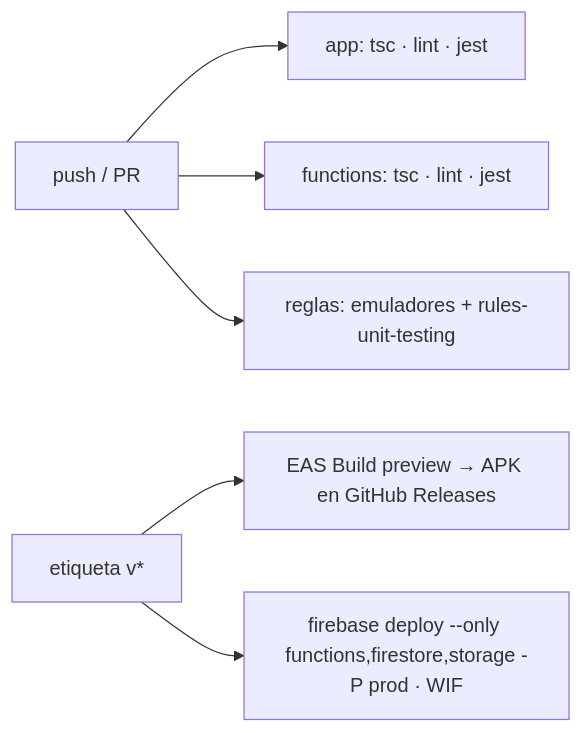
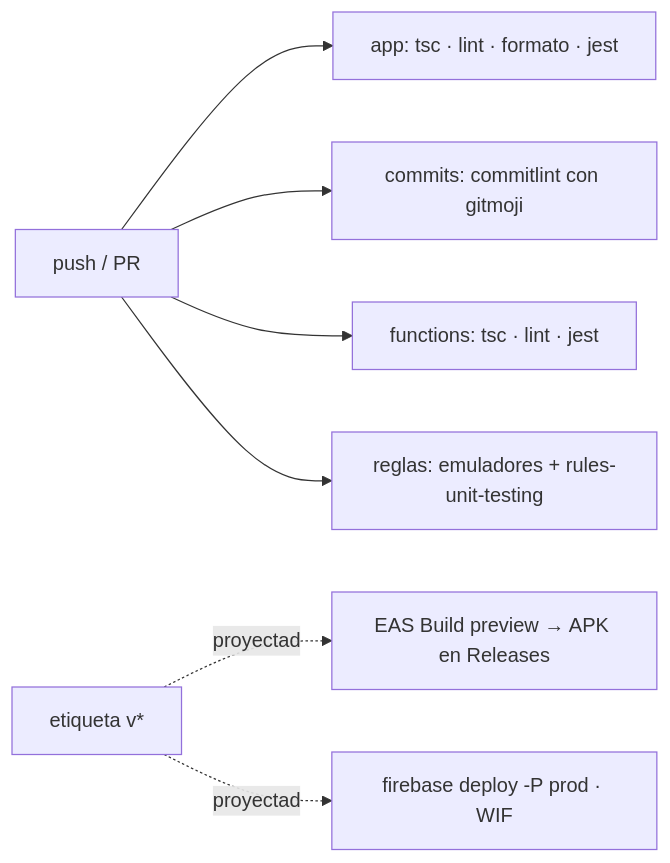
Before and after one commit to JulianCVM/ecoreporte: the diagram in docs/04-infraestructura.md, drawn with Mermaid. The commit also changed other lines of this file and 11 other files, not shown here.

````diff
--- a/docs/04-infraestructura.md
+++ b/docs/04-infraestructura.md
@@ -57,8 +81,9 @@
 ```mermaid
 flowchart LR
-  PR[push / PR] --> A[app: tsc · lint · jest]
+  PR[push / PR] --> A[app: tsc · lint · formato · jest]
+  PR --> M[commits: commitlint con gitmoji]
   PR --> B[functions: tsc · lint · jest]
   PR --> C[reglas: emuladores + rules-unit-testing]
-  TAG[etiqueta v*] --> D[EAS Build preview → APK en GitHub Releases]
-  TAG --> E[firebase deploy --only functions,firestore,storage -P prod · WIF]
+  TAG[etiqueta v*] -.proyectado.-> D[EAS Build preview → APK en Releases]
+  TAG -.proyectado.-> E[firebase deploy -P prod · WIF]
 ```
````
